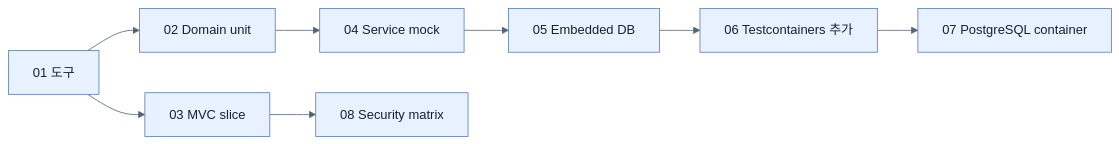
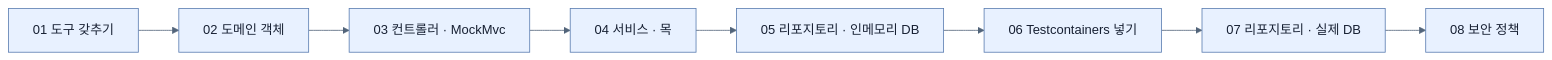
Before and after one commit to sing-u8/Learning_Spring_Boot_4: the diagram in spring-boot-4-pdf-notes/part-2-creating-an-application-with-spring-boot/chapter-5-testing-with-spring-boot/_map.md, drawn with Mermaid. The commit also changed other lines of this file and 253 other files, not shown here.

````diff
--- a/spring-boot-4-pdf-notes/part-2-creating-an-application-with-spring-boot/chapter-5-testing-with-spring-boot/_map.md
+++ b/spring-boot-4-pdf-notes/part-2-creating-an-application-with-spring-boot/chapter-5-testing-with-spring-boot/_map.md
@@ -3,11 +7,11 @@
 ```mermaid
 %%{init: {'theme': 'base', 'themeVariables': {'background': '#ffffff', 'primaryColor': '#e8f1ff', 'primaryTextColor': '#172033', 'primaryBorderColor': '#5b7db1', 'lineColor': '#52647a', 'secondaryColor': '#f7fbff', 'tertiaryColor': '#fff7df'}}}%%
 flowchart LR
-    J[01 도구] --> D[02 Domain unit]
-    J --> W[03 MVC slice]
-    D --> M[04 Service mock]
-    M --> E[05 Embedded DB]
-    E --> A[06 Testcontainers 추가]
-    A --> P[07 PostgreSQL container]
-    W --> S[08 Security matrix]
+    T["01 도구 갖추기"] --> D["02 도메인 객체"]
+    D --> W["03 컨트롤러 · MockMvc"]
+    W --> S["04 서비스 · 목"]
+    S --> H["05 리포지토리 · 인메모리 DB"]
+    H --> A["06 Testcontainers 넣기"]
+    A --> C["07 리포지토리 · 실제 DB"]
+    C --> SEC["08 보안 정책"]
 ```
````
